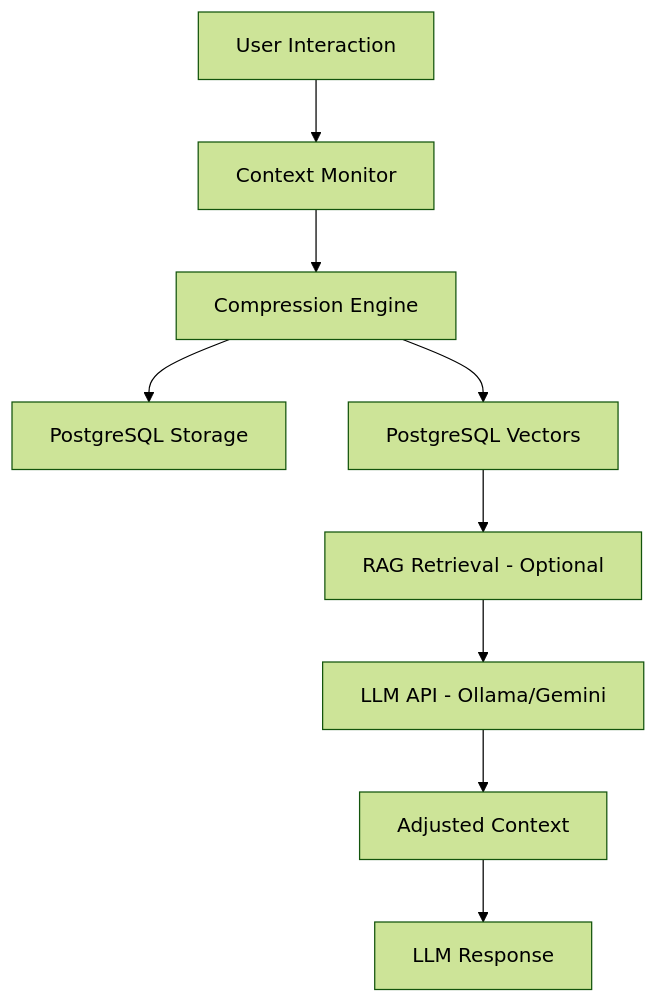
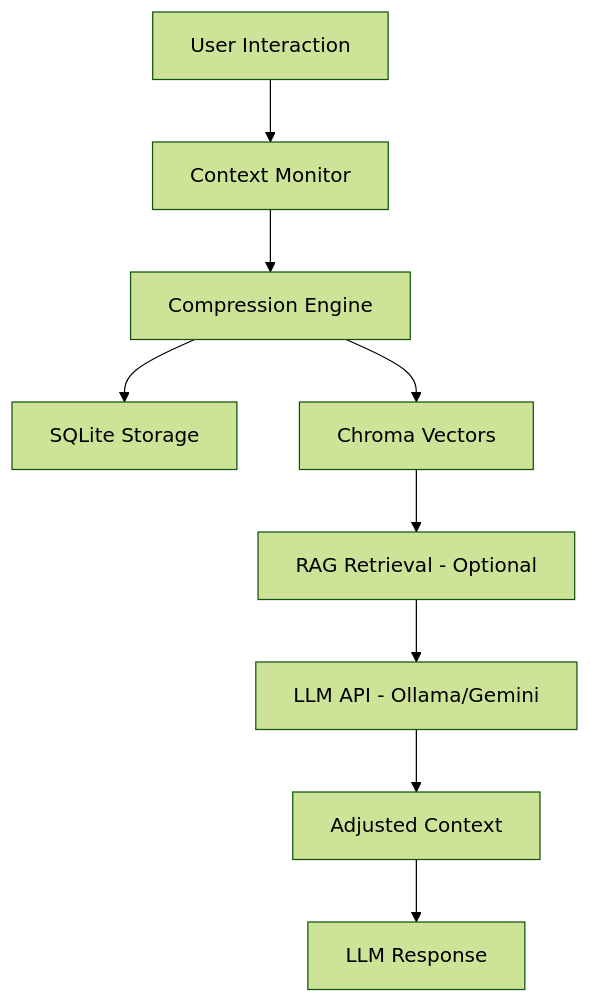
The first of 3 diagrams in CONTEXT_PRD.md (raqkaaq/ArxivResearchAgent), drawn with Mermaid (forest theme) before and after one commit. The commit also changed other lines of this file and 9 other files, not shown here.

````diff
--- a/CONTEXT_PRD.md
+++ b/CONTEXT_PRD.md
@@ -34,11 +34,11 @@
 ```mermaid
 graph TD
     A[User Interaction] --> B[Context Monitor]
     B --> C[Compression Engine]
-    C --> D[PostgreSQL Storage]
-    C --> E[PostgreSQL Vectors]
+    C --> D[SQLite Storage]
+    C --> E[Chroma Vectors]
     E --> F[RAG Retrieval - Optional]
     F --> G[LLM API - Ollama/Gemini]
     G --> H[Adjusted Context]
     H --> I[LLM Response]
 ```
````
